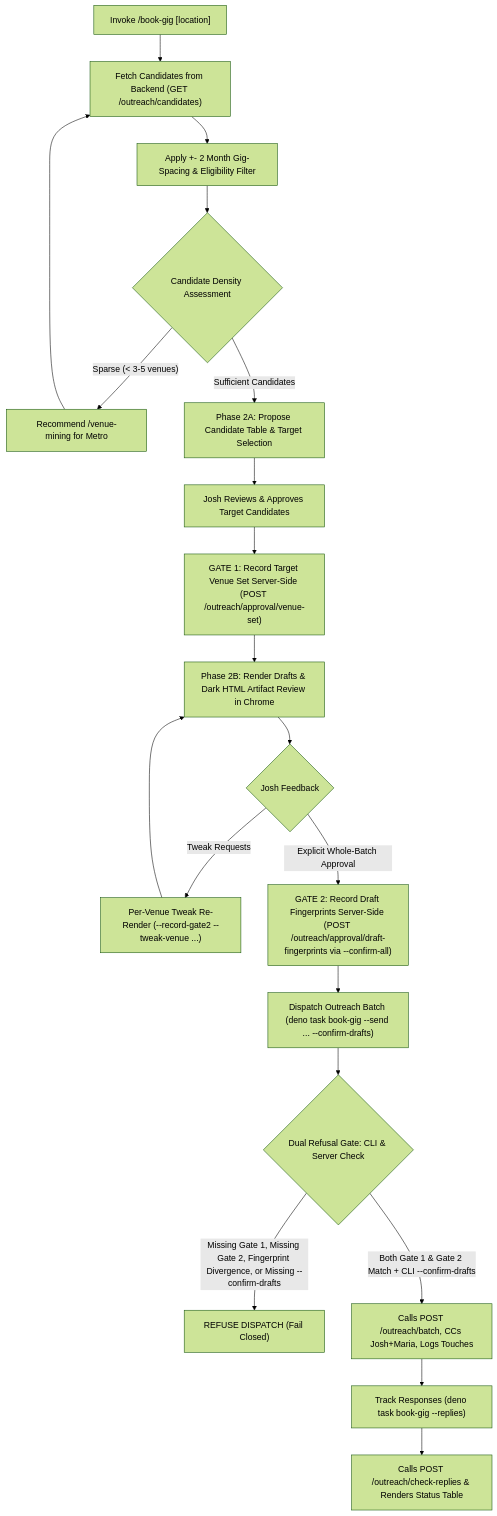
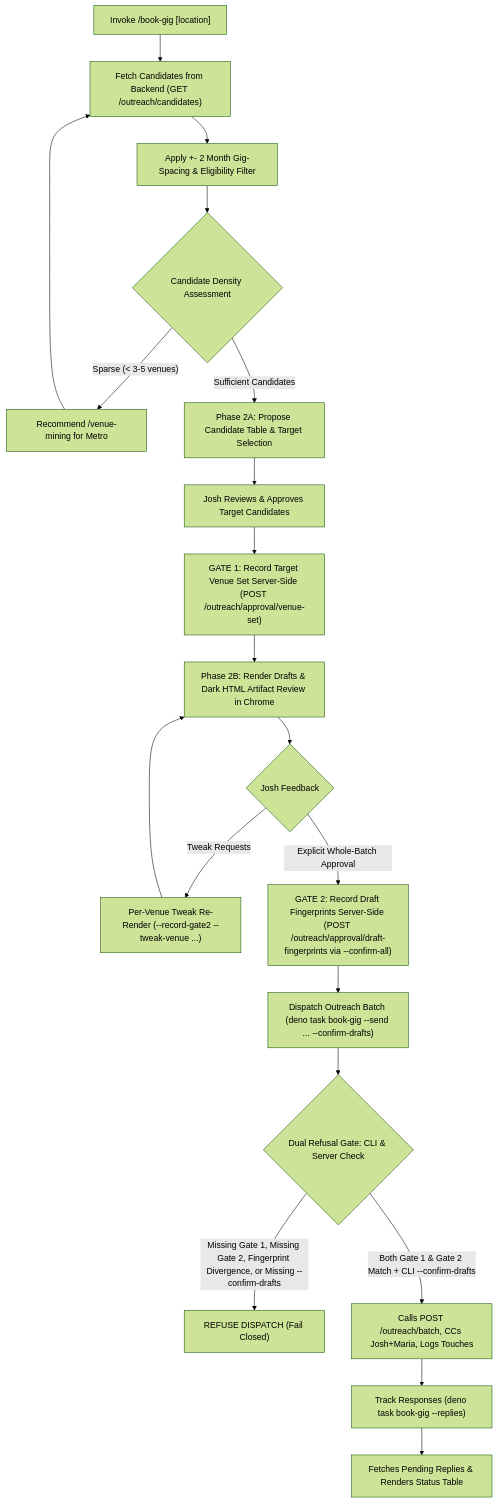
Before and after one commit to WebJamApps/web-jam-tools: the diagram in skills/book-gig/SKILL.md, drawn with Mermaid (forest theme). The commit also changed other lines of this file and 14 other files, not shown here.

Commit message:
fix(book-gig): retire reply scan, remove check-replies, and drop outreach:advance

````diff
--- a/skills/book-gig/SKILL.md
+++ b/skills/book-gig/SKILL.md
@@ -50,22 +50,22 @@
 ```mermaid
 graph TD
     A["Invoke /book-gig <weekend> [location]"] --> B["Fetch Candidates from Backend (GET /outreach/candidates)"]
     B --> C["Apply +- 2 Month Gig-Spacing & Eligibility Filter"]
     C --> D{"Candidate Density Assessment"}
     D -- "Sparse (< 3-5 venues)" --> E["Recommend /venue-mining for Metro"]
     E --> B
     D -- "Sufficient Candidates" --> F["Phase 2A: Propose Candidate Table & Target Selection"]
     F --> G["Josh Reviews & Approves Target Candidates"]
     G --> G1["GATE 1: Record Target Venue Set Server-Side (POST /outreach/approval/venue-set)"]
     G1 --> H["Phase 2B: Render Drafts & Dark HTML Artifact Review in Chrome"]
     H --> H1{"Josh Feedback"}
     H1 -- "Tweak Requests" --> H2["Per-Venue Tweak Re-Render (--record-gate2 --tweak-venue ...)"]
     H2 --> H
     H1 -- "Explicit Whole-Batch Approval" --> I["GATE 2: Record Draft Fingerprints Server-Side (POST /outreach/approval/draft-fingerprints via --confirm-all)"]
     I --> J["Dispatch Outreach Batch (deno task book-gig --send ... --confirm-drafts)"]
     J --> K{"Dual Refusal Gate: CLI & Server Check"}
     K -- "Missing Gate 1, Missing Gate 2, Fingerprint Divergence, or Missing --confirm-drafts" --> K1["REFUSE DISPATCH (Fail Closed)"]
     K -- "Both Gate 1 & Gate 2 Match + CLI --confirm-drafts" --> L["Calls POST /outreach/batch, CCs Josh+Maria, Logs Touches"]
     L --> M["Track Responses (deno task book-gig --replies)"]
-    M --> N["Calls POST /outreach/check-replies & Renders Status Table"]
+    M --> N["Fetches Pending Replies & Renders Status Table"]
 ```
````
